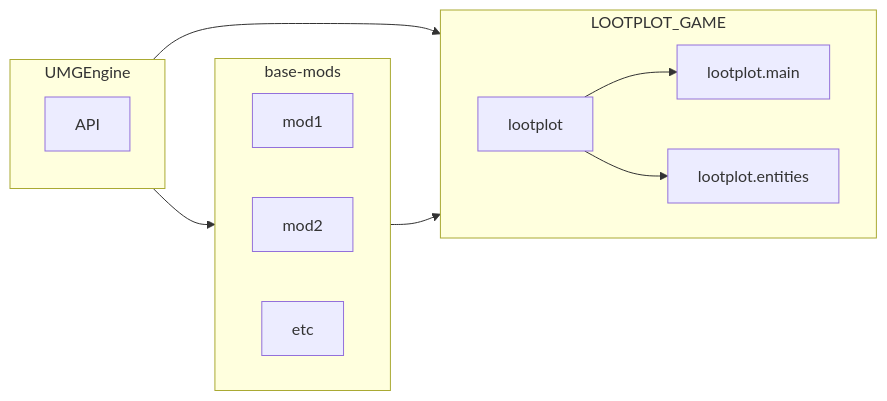
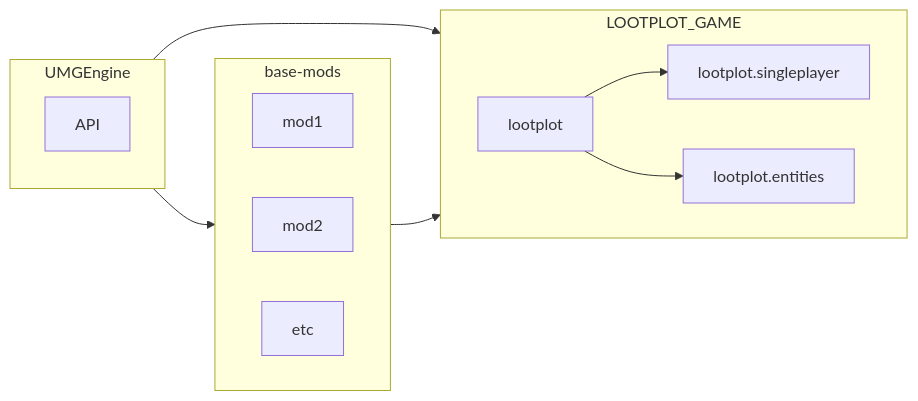
The first of 4 diagrams in lootplot/ARCHITECTURE.md (UntitledModGame/umg-mods), drawn with Mermaid before and after one commit. The commit also changed other lines of this file and 35 other files, not shown here.

Commit message:
Renamed lootplot.main to lootplot.singleplayer

````diff
--- a/lootplot/ARCHITECTURE.md
+++ b/lootplot/ARCHITECTURE.md
@@ -5,24 +5,24 @@
 ```mermaid
 
 graph LR
     subgraph base-mods
         direction LR
         mod1
         mod2
         etc
     end
 
     subgraph UMGEngine
         API
     end
 
     UMGEngine --> base-mods
     UMGEngine --> LOOTPLOT_GAME
     base-mods --> LOOTPLOT_GAME
 
     subgraph LOOTPLOT_GAME
         direction LR
-        lootplot --> lootplot.main
+        lootplot --> lootplot.singleplayer
         lootplot --> lootplot.entities
     end
 ```
````
